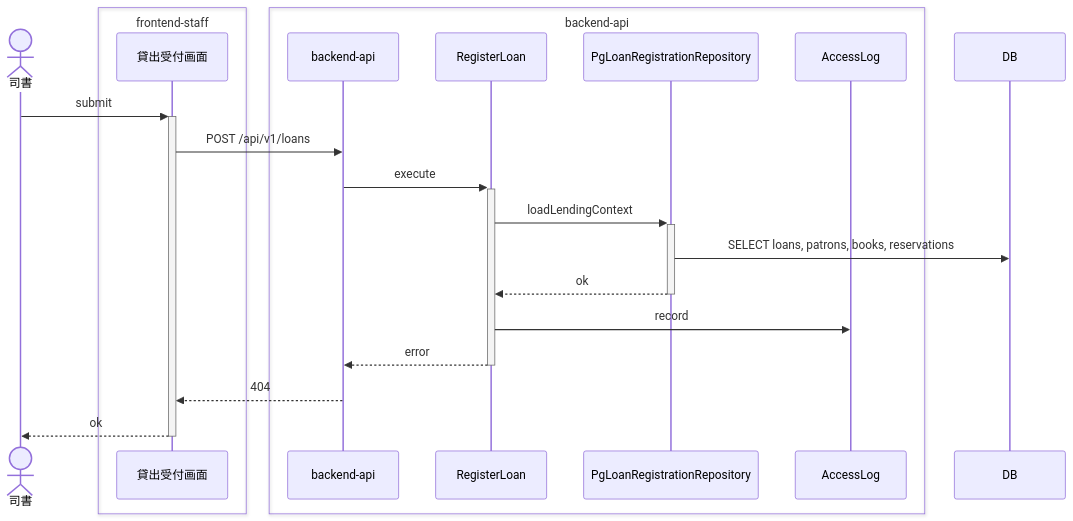
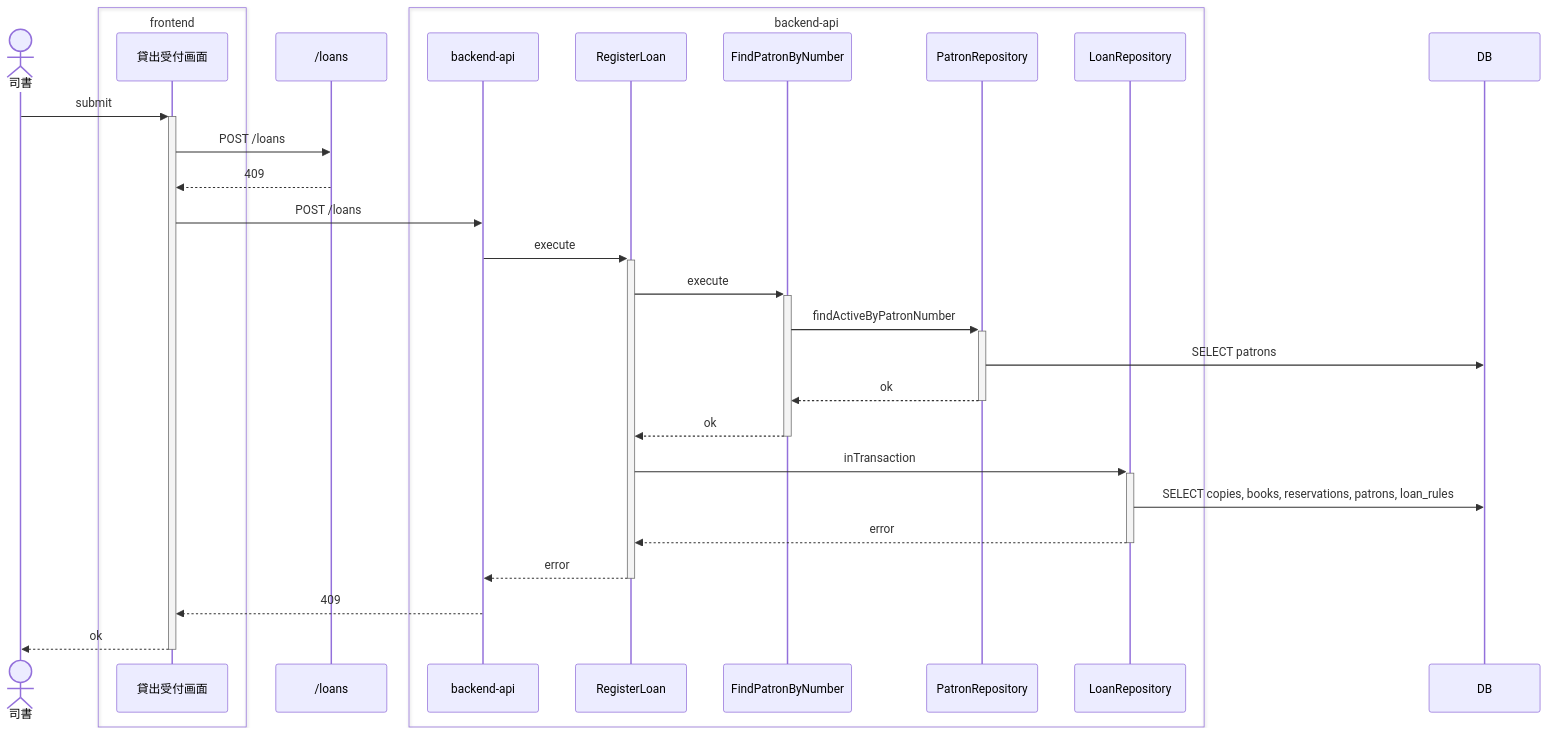
The first of 6 diagrams in samples/distillery2/library-loan/docs/as-built/貸出業務/貸出を登録する/sequence.md (suwa-sh/suwa-sh-claude-plugins), drawn with Mermaid before and after one commit. The commit also changed other lines of this file and 249 other files, not shown here.

````diff
--- a/samples/distillery2/library-loan/docs/as-built/貸出業務/貸出を登録する/sequence.md
+++ b/samples/distillery2/library-loan/docs/as-built/貸出業務/貸出を登録する/sequence.md
@@ -31,24 +9,32 @@
 ```mermaid
 sequenceDiagram
     actor p0 as 司書
-    box transparent frontend-staff
+    box transparent frontend
         participant p1 as 貸出受付画面
     end
+    participant p2 as /loans
     box transparent backend-api
-        participant p2 as backend-api
-        participant p3 as RegisterLoan
-        participant p4 as PgLoanRegistrationRepository
-        participant p6 as AccessLog
+        participant p3 as backend-api
+        participant p4 as RegisterLoan
+        participant p5 as FindPatronByNumber
+        participant p6 as PatronRepository
+        participant p8 as LoanRepository
     end
-    participant p5 as DB
+    participant p7 as DB
     p0->>+p1: submit
-    p1->>p2: POST /api/v1/loans
-    p2->>+p3: execute
-    p3->>+p4: loadLendingContext
-    p4->>p5: SELECT loans, patrons, books, reservations
-    p4-->>-p3: ok
-    p3->>p6: record
-    p3-->>-p2: error
-    p2-->>p1: 404
+    p1->>p2: POST /loans
+    p2-->>p1: 409
+    p1->>p3: POST /loans
+    p3->>+p4: execute
+    p4->>+p5: execute
+    p5->>+p6: findActiveByPatronNumber
+    p6->>p7: SELECT patrons
+    p6-->>-p5: ok
+    p5-->>-p4: ok
+    p4->>+p8: inTransaction
+    p8->>p7: SELECT copies, books, reservations, patrons, loan_rules
+    p8-->>-p4: error
+    p4-->>-p3: error
+    p3-->>p1: 409
     p1-->>-p0: ok
 ```
````
